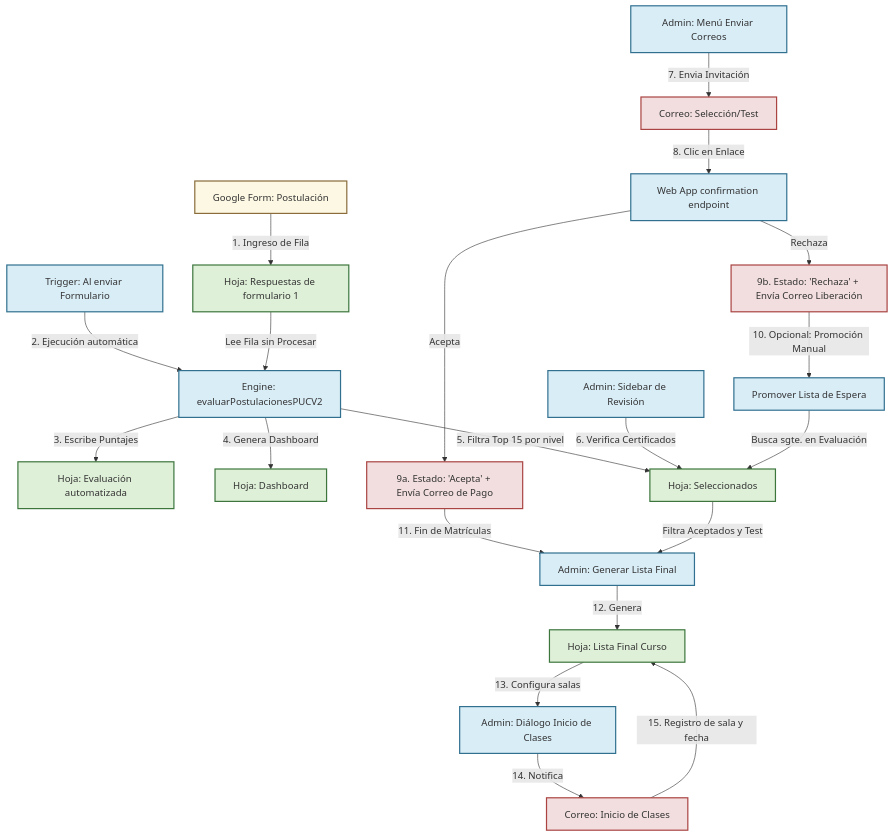
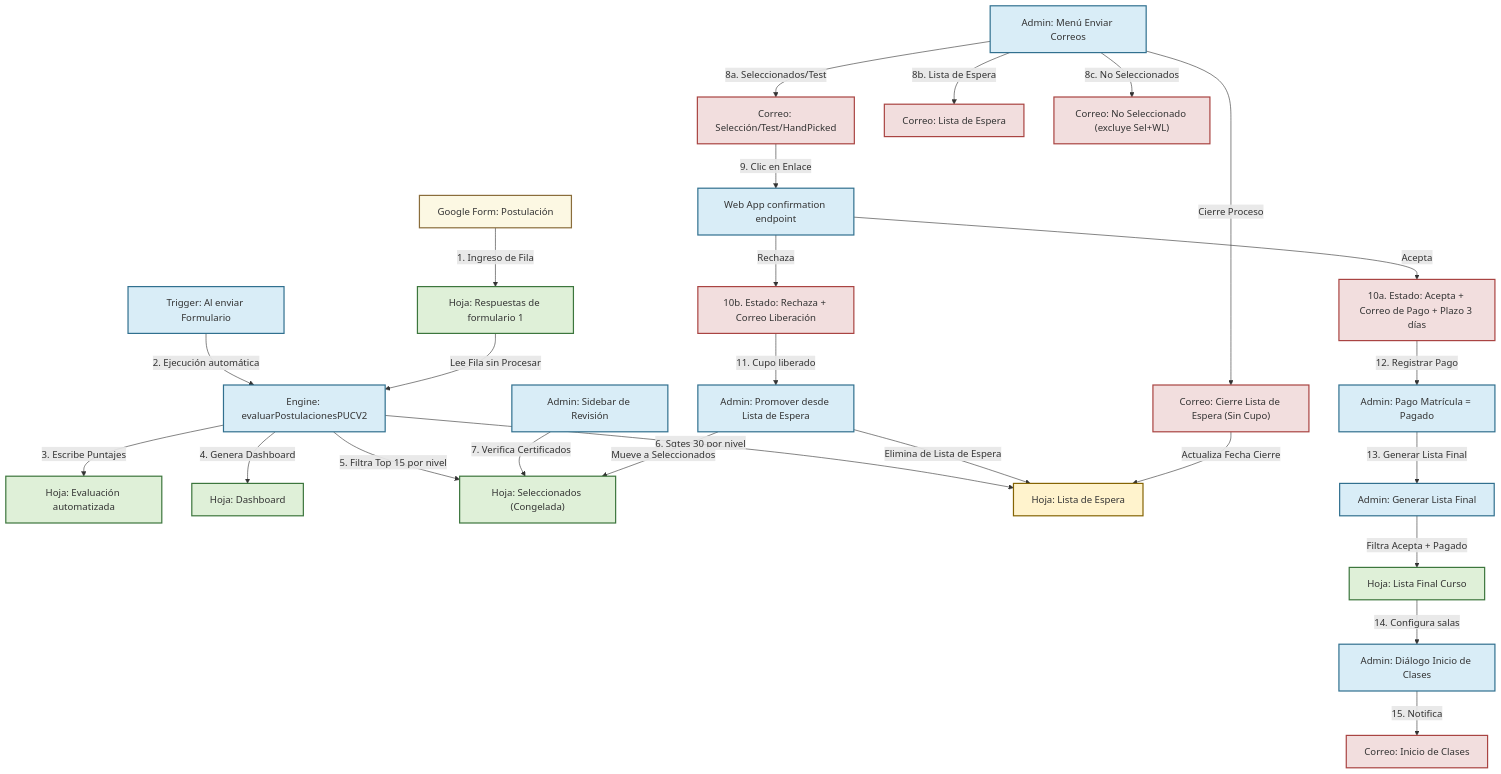
The diagram in docs/logical-flow.md (Luccat1/PUCV2), drawn with Mermaid before and after one commit. The commit also changed other lines of this file and 7 other files, not shown here.

````diff
--- a/docs/logical-flow.md
+++ b/docs/logical-flow.md
@@ -11,37 +11,42 @@
 ```mermaid
 graph TD
-    %% Estilos de los nodos
     classDef process fill:#d9edf7,stroke:#31708f,stroke-width:2px;
     classDef input fill:#fcf8e3,stroke:#8a6d3b,stroke-width:2px;
     classDef sheet fill:#dff0d8,stroke:#3c763d,stroke-width:2px;
     classDef action fill:#f2dede,stroke:#a94442,stroke-width:2px;
+    classDef waitlist fill:#fff3cd,stroke:#856404,stroke-width:2px;
 
-    %% Nodos del Flujo
-    Form[Google Form: Postulación]:::input -->|1. Ingreso de Fila| SheetInput[Hoja: Respuestas de formulario 1]:::sheet
-    Trigger[Trigger: Al enviar Formulario]:::process -->|2. Ejecución automática| Eval[Engine: evaluarPostulacionesPUCV2]:::process
+    Form["Google Form: Postulación"]:::input -->|1. Ingreso de Fila| SheetInput["Hoja: Respuestas de formulario 1"]:::sheet
+    Trigger["Trigger: Al enviar Formulario"]:::process -->|2. Ejecución automática| Eval["Engine: evaluarPostulacionesPUCV2"]:::process
     SheetInput -->|Lee Fila sin Procesar| Eval
-    
-    Eval -->|3. Escribe Puntajes| SheetOutput[Hoja: Evaluación automatizada]:::sheet
-    Eval -->|4. Genera Dashboard| SheetDash[Hoja: Dashboard]:::sheet
-    Eval -->|5. Filtra Top 15 por nivel| SheetSelected[Hoja: Seleccionados]:::sheet
-    
-    AdminRev[Admin: Sidebar de Revisión]:::process -->|6. Verifica Certificados| SheetSelected
-    
-    AdminSend[Admin: Menú Enviar Correos]:::process -->|7. Envia Invitación| EmailSelected[Correo: Selección/Test]:::action
-    
-    EmailSelected -->|8. Clic en Enlace| WebAppConfirm[Web App confirmation endpoint]:::process
-    
-    WebAppConfirm -->|Acepta| AcceptFlow[9a. Estado: 'Acepta' + Envía Correo de Pago]:::action
-    WebAppConfirm -->|Rechaza| RejectFlow[9b. Estado: 'Rechaza' + Envía Correo Liberación]:::action
-    
-    RejectFlow -->|10. Opcional: Promoción Manual| Waitlist[Promover Lista de Espera]:::process
-    Waitlist -->|Busca sgte. en Evaluación| SheetSelected
-    
-    AcceptFlow -->|11. Fin de Matrículas| FinalListGen[Admin: Generar Lista Final]:::process
-    SheetSelected -->|Filtra Aceptados y Test| FinalListGen
-    FinalListGen -->|12. Genera| SheetFinal[Hoja: Lista Final Curso]:::sheet
-    
-    SheetFinal -->|13. Configura salas| DialogSalas[Admin: Diálogo Inicio de Clases]:::process
-    DialogSalas -->|14. Notifica| EmailStart[Correo: Inicio de Clases]:::action
-    EmailStart -->|15. Registro de sala y fecha| SheetFinal
+
+    Eval -->|3. Escribe Puntajes| SheetOutput["Hoja: Evaluación automatizada"]:::sheet
+    Eval -->|4. Genera Dashboard| SheetDash["Hoja: Dashboard"]:::sheet
+    Eval -->|5. Filtra Top 15 por nivel| SheetSelected["Hoja: Seleccionados (Congelada)"]:::sheet
+    Eval -->|6. Sgtes 30 por nivel| SheetWaitlist["Hoja: Lista de Espera"]:::waitlist
+
+    AdminRev["Admin: Sidebar de Revisión"]:::process -->|7. Verifica Certificados| SheetSelected
+
+    AdminSend["Admin: Menú Enviar Correos"]:::process -->|8a. Seleccionados/Test| EmailSelected["Correo: Selección/Test/HandPicked"]:::action
+    AdminSend -->|8b. Lista de Espera| EmailWaitlist["Correo: Lista de Espera"]:::action
+    AdminSend -->|8c. No Seleccionados| EmailRejected["Correo: No Seleccionado (excluye Sel+WL)"]:::action
+
+    EmailSelected -->|9. Clic en Enlace| WebAppConfirm["Web App confirmation endpoint"]:::process
+
+    WebAppConfirm -->|Acepta| AcceptFlow["10a. Estado: Acepta + Correo de Pago + Plazo 3 días"]:::action
+    WebAppConfirm -->|Rechaza| RejectFlow["10b. Estado: Rechaza + Correo Liberación"]:::action
+
+    RejectFlow -->|11. Cupo liberado| Promote["Admin: Promover desde Lista de Espera"]:::process
+    Promote -->|Mueve a Seleccionados| SheetSelected
+    Promote -->|Elimina de Lista de Espera| SheetWaitlist
+
+    AcceptFlow -->|12. Registrar Pago| PaymentCheck["Admin: Pago Matrícula = Pagado"]:::process
+    PaymentCheck -->|13. Generar Lista Final| FinalListGen["Admin: Generar Lista Final"]:::process
+    FinalListGen -->|Filtra Acepta + Pagado| SheetFinal["Hoja: Lista Final Curso"]:::sheet
+
+    SheetFinal -->|14. Configura salas| DialogSalas["Admin: Diálogo Inicio de Clases"]:::process
+    DialogSalas -->|15. Notifica| EmailStart["Correo: Inicio de Clases"]:::action
+
+    AdminSend -->|Cierre Proceso| EmailClosure["Correo: Cierre Lista de Espera (Sin Cupo)"]:::action
+    EmailClosure -->|Actualiza Fecha Cierre| SheetWaitlist
 ```
````
